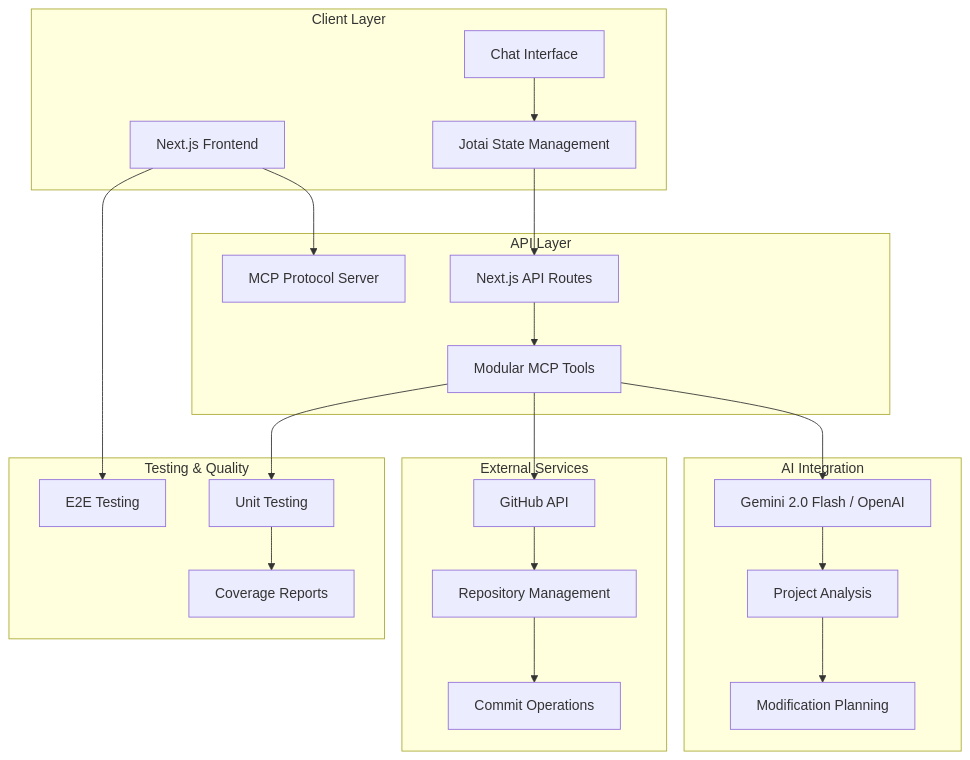
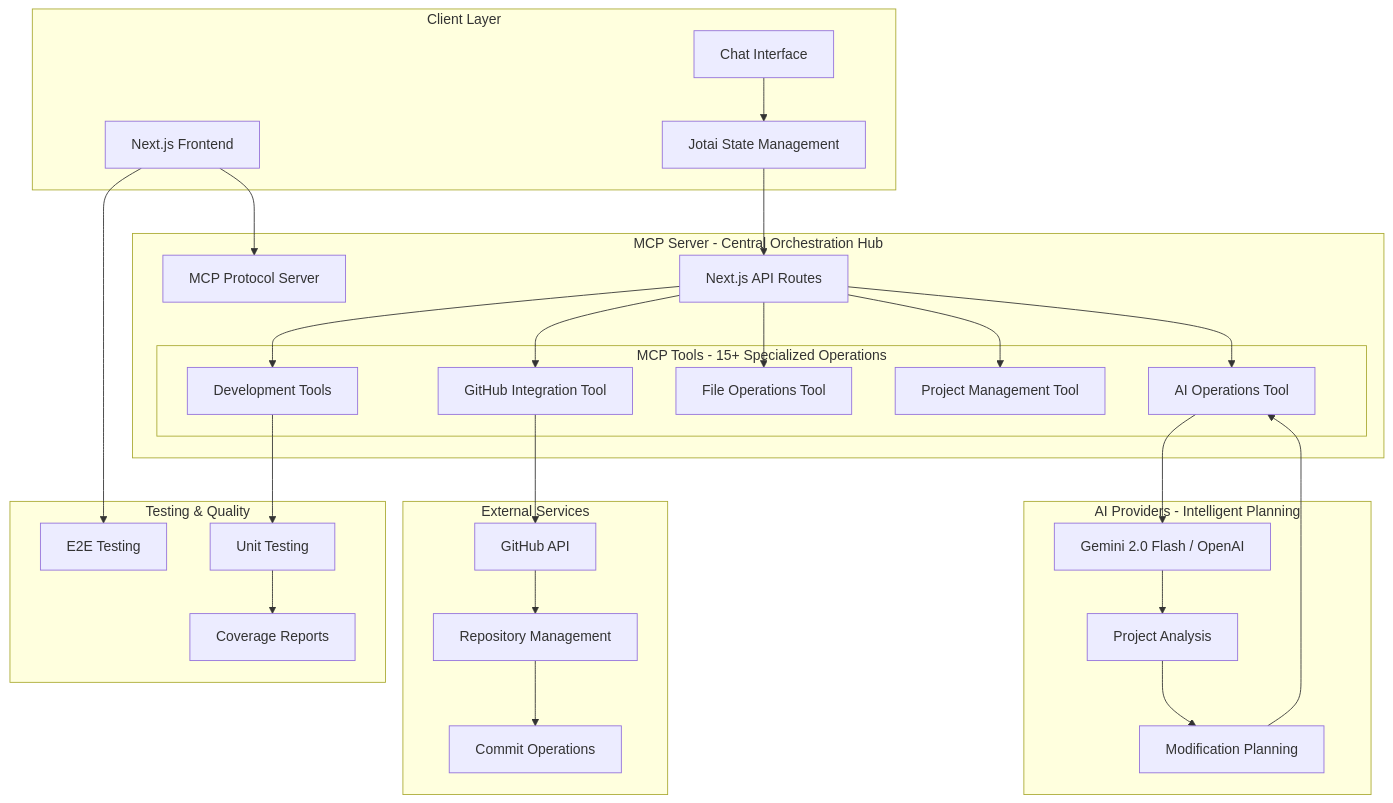
One commit to cheshirecode/test-keycardai changed the first of 4 diagrams in README.md. Above: the diagram before and after it, drawn with Mermaid. The commit also changed other lines of this file, not shown here.

First line of the commit message:
docs: restructure Architecture section to highlight MCP Server's central role

````diff
--- a/README.md
+++ b/README.md
@@ -86,46 +86,61 @@
 ```mermaid
 graph TB
     subgraph "Client Layer"
         UI[Next.js Frontend]
         Chat[Chat Interface]
         State[Jotai State Management]
     end
 
-    subgraph "API Layer"
+    subgraph "MCP Server - Central Orchestration Hub"
         MCP[MCP Protocol Server]
         Routes[Next.js API Routes]
-        Tools[Modular MCP Tools]
+        
+        subgraph "MCP Tools - 15+ Specialized Operations"
+            AITools[AI Operations Tool]
+            GitHubTools[GitHub Integration Tool]
+            FileTools[File Operations Tool]
+            ProjectTools[Project Management Tool]
+            DevTools[Development Tools]
+        end
     end
 
-    subgraph "AI Integration"
+    subgraph "AI Providers - Intelligent Planning"
         AIProvider[Gemini 2.0 Flash / OpenAI]
         Analysis[Project Analysis]
         Planning[Modification Planning]
     end
 
     subgraph "External Services"
         GitHub[GitHub API]
         Repos[Repository Management]
         Commits[Commit Operations]
     end
 
     subgraph "Testing & Quality"
         Playwright[E2E Testing]
         Vitest[Unit Testing]
         Coverage[Coverage Reports]
     end
 
     UI --> MCP
     Chat --> State
     State --> Routes
-    Routes --> Tools
-    Tools --> AIProvider
-    Tools --> GitHub
+    Routes --> AITools
+    Routes --> GitHubTools
+    Routes --> FileTools
+    Routes --> ProjectTools
+    Routes --> DevTools
+    
+    AITools --> AIProvider
     AIProvider --> Analysis
     Analysis --> Planning
+    Planning --> AITools
+    
+    GitHubTools --> GitHub
     GitHub --> Repos
     Repos --> Commits
+    
     UI --> Playwright
-    Tools --> Vitest
+    DevTools --> Vitest
     Vitest --> Coverage
 ```
````
